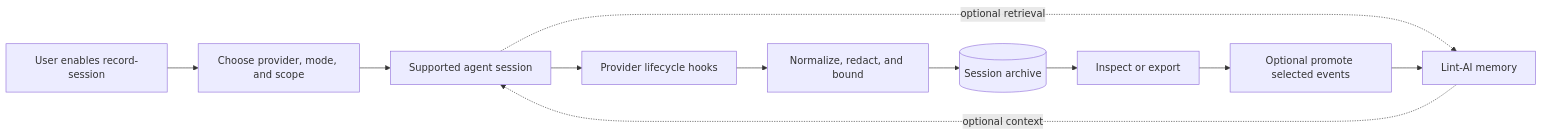
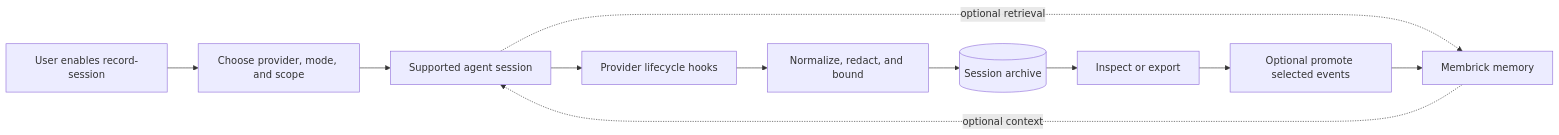
The diagram in docs/session-recording-design.md (RooAGI/Lint-AI), drawn with Mermaid before and after one commit. The commit also changed other lines of this file and 251 other files, not shown here.

````diff
--- a/docs/session-recording-design.md
+++ b/docs/session-recording-design.md
@@ -83,13 +83,13 @@
 ```mermaid
 flowchart LR
     U[User enables record-session] --> C[Choose provider, mode, and scope]
     C --> S[Supported agent session]
     S --> H[Provider lifecycle hooks]
     H --> R[Normalize, redact, and bound]
     R --> A[(Session archive)]
-    S -. optional retrieval .-> M[Lint-AI memory]
+    S -. optional retrieval .-> M[Membrick memory]
     M -. optional context .-> S
     A --> I[Inspect or export]
     I --> P[Optional promote selected events]
     P --> M
 ```
````
